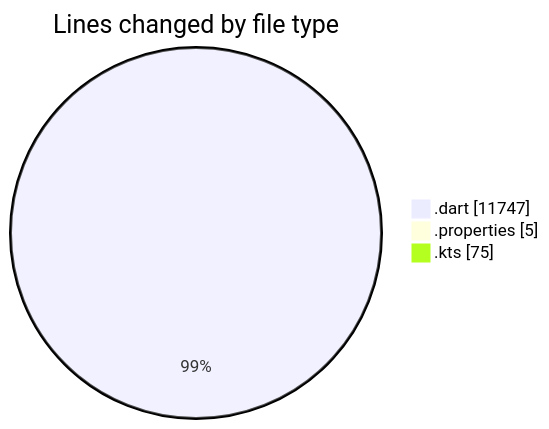
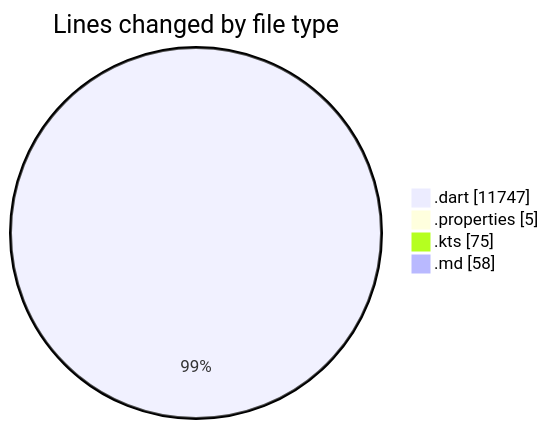
One commit to lephambinh05/code-tracking changed the first of 2 diagrams in 2025-08-25/studybuddy/README.md. Above: the diagram before and after it, drawn with Mermaid. The commit also changed other lines of this file and 1 other file, not shown here.

````diff
--- a/2025-08-25/studybuddy/README.md
+++ b/2025-08-25/studybuddy/README.md
@@ -49,7 +50,8 @@
 ```mermaid
 pie showData
 title Lines changed by file type
 ".dart" : 11747
 ".properties" : 5
 ".kts" : 75
+".md" : 58
 ```
````
